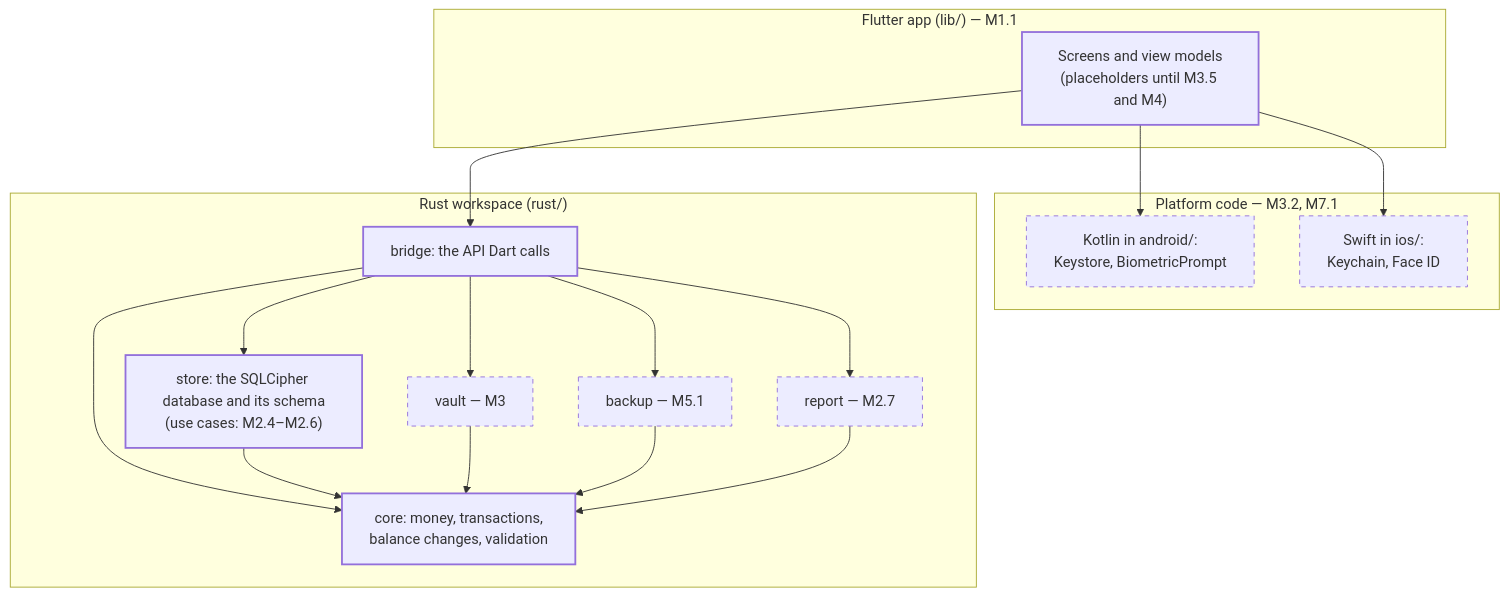
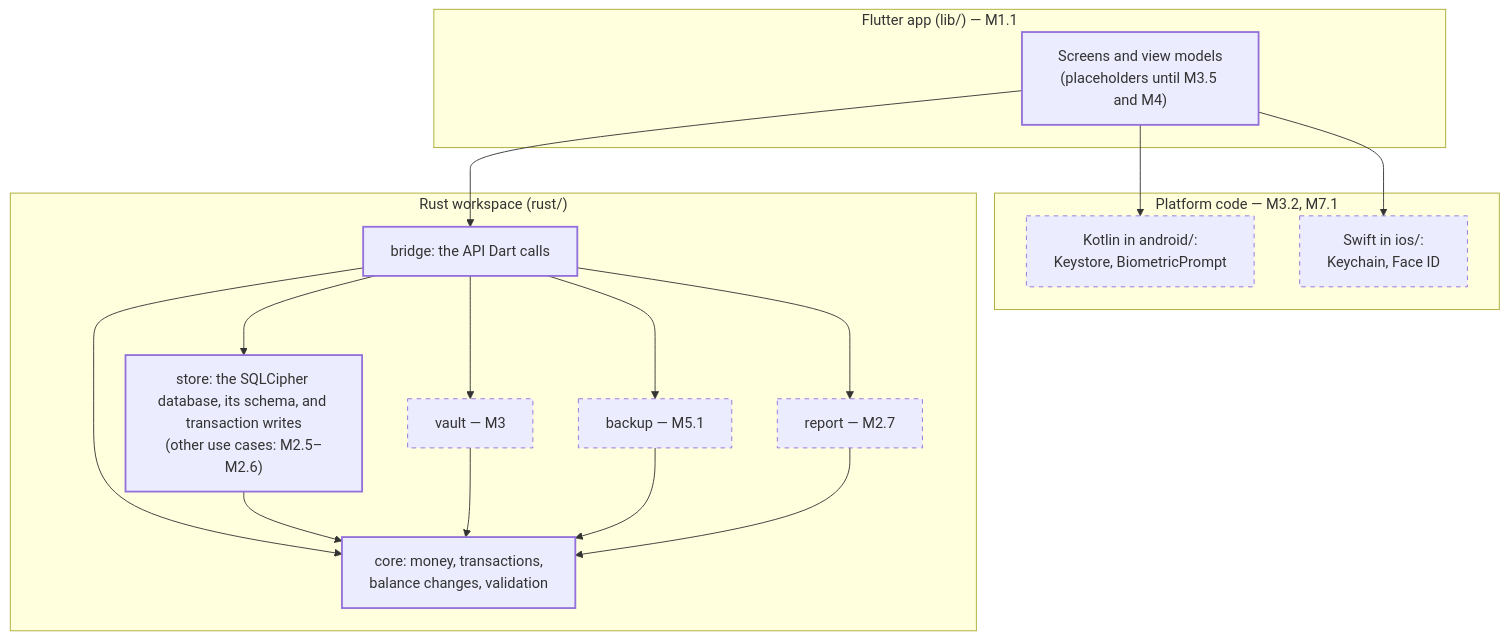
One commit to jabbott-iii/DenariiDolor changed the diagram in docs/01-architecture.md. Above: the diagram before and after it, drawn with Mermaid. The commit also changed other lines of this file and 18 other files, not shown here.

````diff
--- a/docs/01-architecture.md
+++ b/docs/01-architecture.md
@@ -30,35 +30,35 @@
 ```mermaid
 flowchart TB
     subgraph Dart["Flutter app (lib/) — M1.1"]
         UI["Screens and view models<br/>(placeholders until M3.5 and M4)"]
     end
     subgraph Native["Platform code — M3.2, M7.1"]
         KT["Kotlin in android/:<br/>Keystore, BiometricPrompt"]
         SW["Swift in ios/:<br/>Keychain, Face ID"]
     end
     subgraph Rust["Rust workspace (rust/)"]
         BR["bridge: the API Dart calls"]
-        ST["store: the SQLCipher database and its schema<br/>(use cases: M2.4–M2.6)"]
+        ST["store: the SQLCipher database, its schema, and transaction writes<br/>(other use cases: M2.5–M2.6)"]
         VA["vault — M3"]
         BK["backup — M5.1"]
         RP["report — M2.7"]
         CO["core: money, transactions,<br/>balance changes, validation"]
     end
     UI --> BR
     UI --> KT
     UI --> SW
     BR --> ST
     BR --> VA
     BR --> BK
     BR --> RP
     BR --> CO
     ST --> CO
     VA --> CO
     BK --> CO
     RP --> CO
 
     classDef built stroke-width:2px
     classDef planned stroke-dasharray: 5 5
     class CO,UI,BR,ST built
     class KT,SW,VA,BK,RP planned
 ```
````
